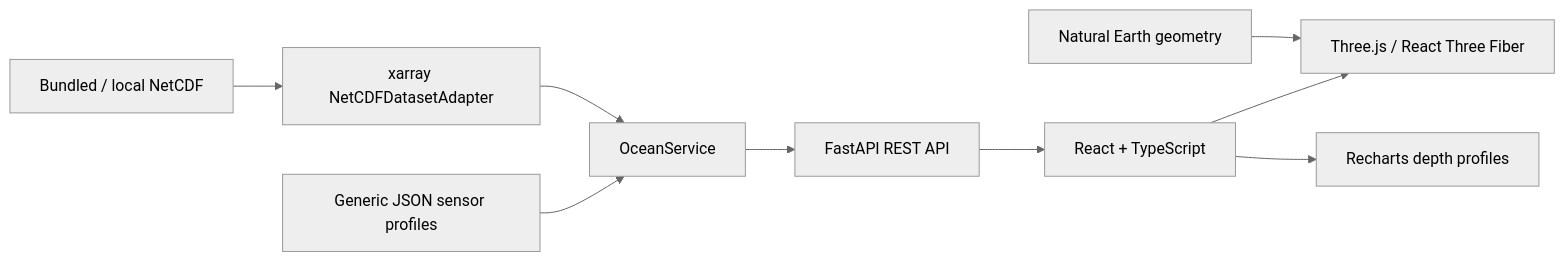
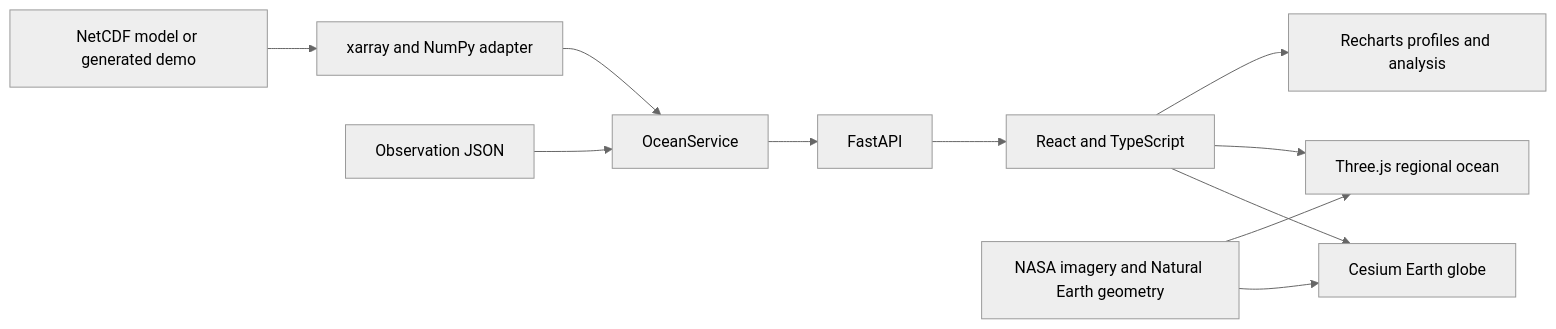
Before and after one commit to sidhesh0706/OceanTwin3D: the diagram in README.md, drawn with Mermaid (neutral theme). The commit also changed other lines of this file and 51 other files, not shown here.

````diff
--- a/README.md
+++ b/README.md
@@ -91,11 +137,13 @@
 ```mermaid
 flowchart LR
-    A[Bundled / local NetCDF] --> B[xarray NetCDFDatasetAdapter]
-    C[Generic JSON sensor profiles] --> D[OceanService]
-    B --> D
-    D --> E[FastAPI REST API]
-    E --> F[React + TypeScript]
-    F --> G[Three.js / React Three Fiber]
-    F --> H[Recharts depth profiles]
-    I[Natural Earth geometry] --> G
+    A[NetCDF model or generated demo] --> B[xarray and NumPy adapter]
+    O[Observation JSON] --> C[OceanService]
+    B --> C
+    C --> D[FastAPI]
+    D --> E[React and TypeScript]
+    E --> F[Cesium Earth globe]
+    E --> G[Three.js regional ocean]
+    E --> H[Recharts profiles and analysis]
+    I[NASA imagery and Natural Earth geometry] --> F
+    I --> G
 ```
````
